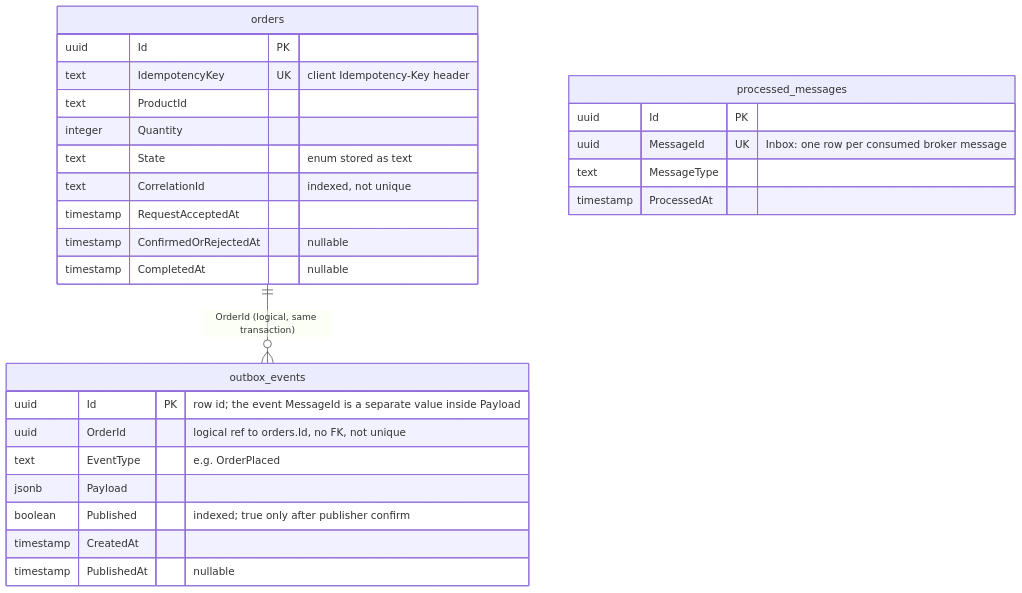
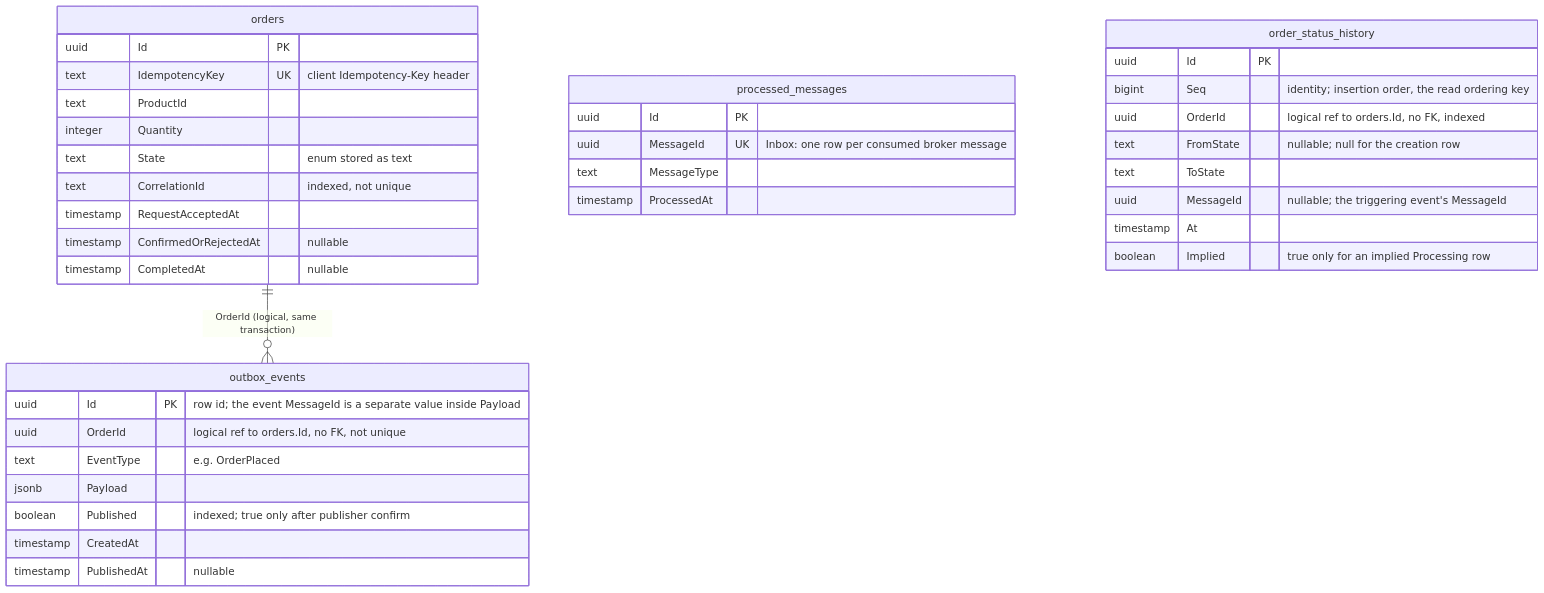
The first of 3 diagrams in docs/erd.md (VuTanMinh/flash-sale-microservices), drawn with Mermaid before and after one commit. The commit also changed other lines of this file and 54 other files, not shown here.

Commit message:
feat: six-state order model with the OrderProcessingStarted event and per-order status history (Seq-ordered, implied step clamped); TP-P02 verifier; regressions and figures updated (Week 11 Processing/history box)

````diff
--- a/docs/erd.md
+++ b/docs/erd.md
@@ -25,30 +25,40 @@
 ```mermaid
 erDiagram
     orders ||--o{ outbox_events : "OrderId (logical, same transaction)"
     orders {
         uuid Id PK
         text IdempotencyKey UK "client Idempotency-Key header"
         text ProductId
         integer Quantity
         text State "enum stored as text"
         text CorrelationId "indexed, not unique"
         timestamp RequestAcceptedAt
         timestamp ConfirmedOrRejectedAt "nullable"
         timestamp CompletedAt "nullable"
     }
     outbox_events {
         uuid Id PK "row id; the event MessageId is a separate value inside Payload"
         uuid OrderId "logical ref to orders.Id, no FK, not unique"
         text EventType "e.g. OrderPlaced"
         jsonb Payload
         boolean Published "indexed; true only after publisher confirm"
         timestamp CreatedAt
         timestamp PublishedAt "nullable"
     }
     processed_messages {
         uuid Id PK
         uuid MessageId UK "Inbox: one row per consumed broker message"
         text MessageType
         timestamp ProcessedAt
     }
+    order_status_history {
+        uuid Id PK
+        bigint Seq "identity; insertion order, the read ordering key"
+        uuid OrderId "logical ref to orders.Id, no FK, indexed"
+        text FromState "nullable; null for the creation row"
+        text ToState
+        uuid MessageId "nullable; the triggering event's MessageId"
+        timestamp At
+        boolean Implied "true only for an implied Processing row"
+    }
 ```
````
